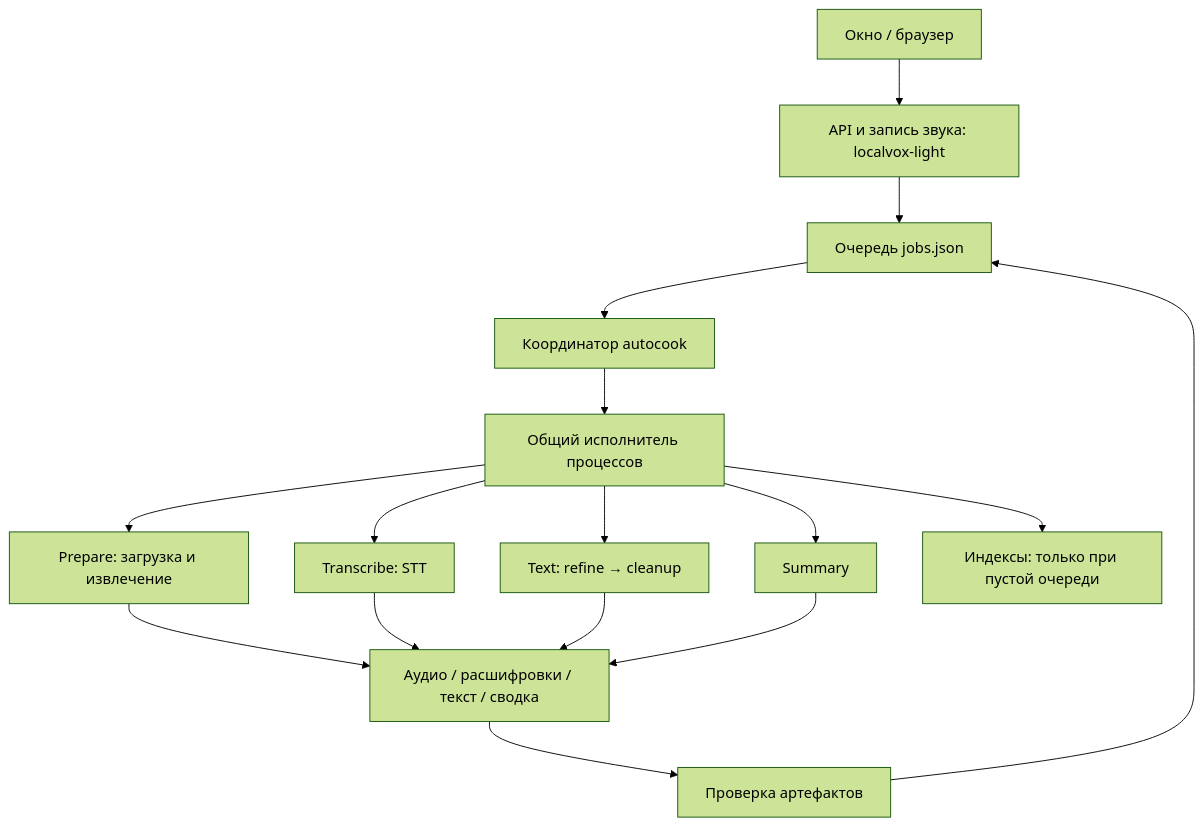
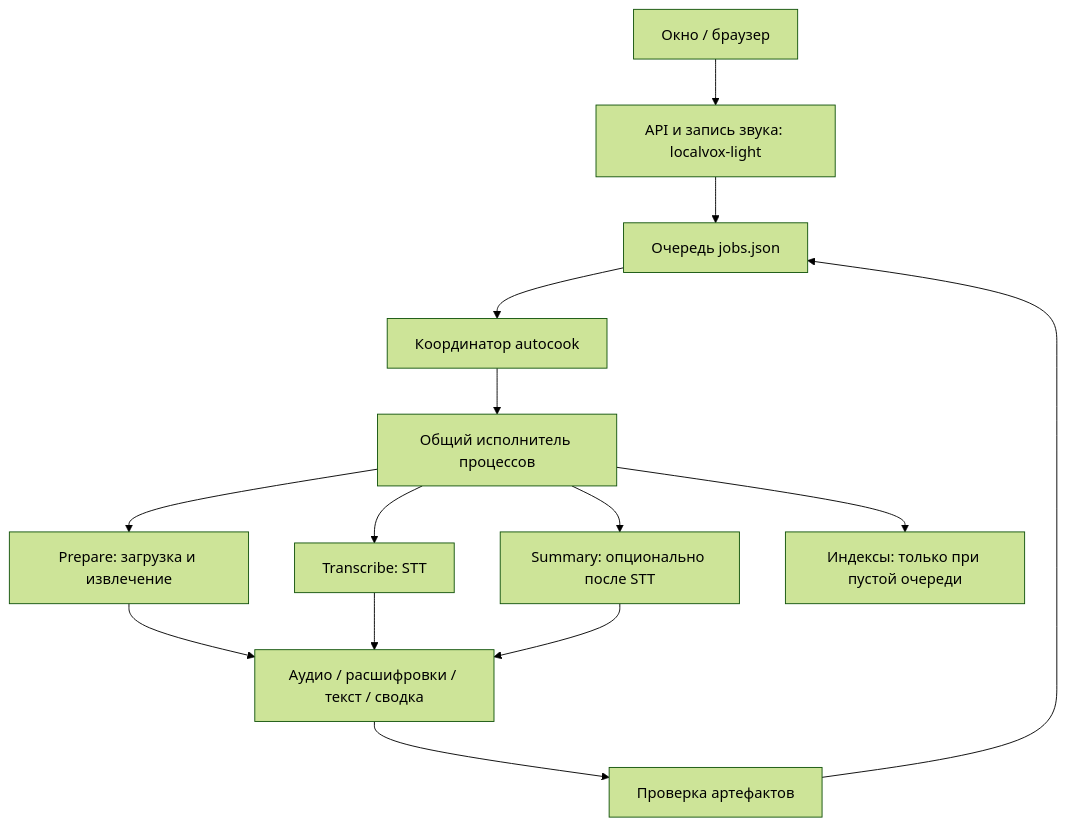
The diagram in docs/architecture.md (cascad/localvox-light), drawn with Mermaid (forest theme) before and after one commit. The commit also changed other lines of this file and 20 other files, not shown here.

````diff
--- a/docs/architecture.md
+++ b/docs/architecture.md
@@ -17,18 +17,16 @@
 ```mermaid
 flowchart TD
     UI[Окно / браузер] --> API[API и запись звука: localvox-light]
     API --> Q[Очередь jobs.json]
     Q --> C[Координатор autocook]
     C --> P[Общий исполнитель процессов]
     P --> D[Prepare: загрузка и извлечение]
     P --> T[Transcribe: STT]
-    P --> L[Text: refine → cleanup]
-    P --> S[Summary]
+    P --> S[Summary: опционально после STT]
     P --> I[Индексы: только при пустой очереди]
     D --> A[Аудио / расшифровки / текст / сводка]
     T --> A
-    L --> A
     S --> A
     A --> V[Проверка артефактов]
     V --> Q
 ```
````
